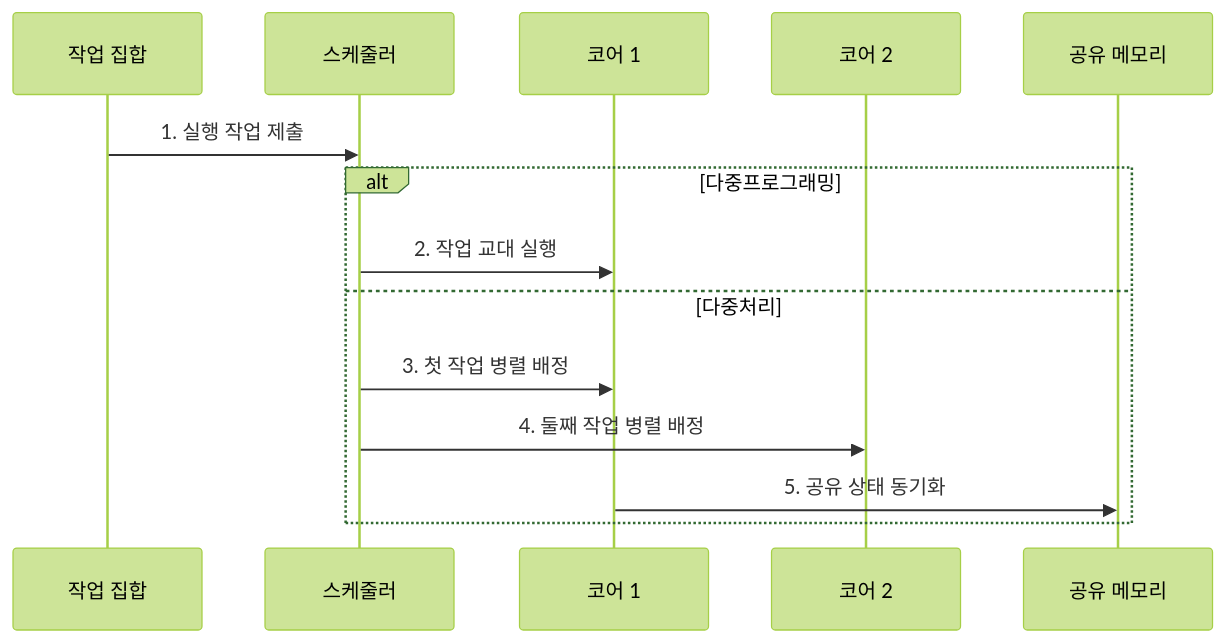
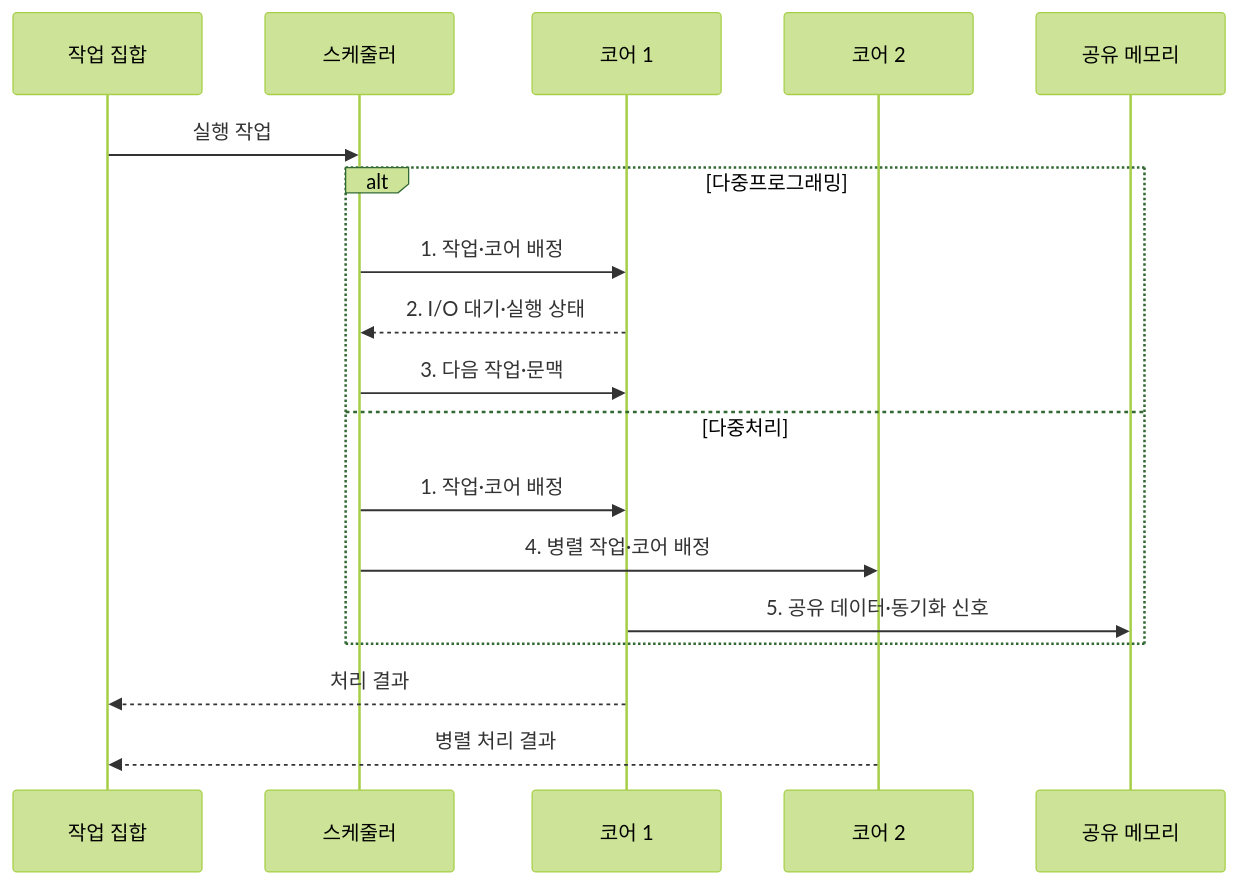
One commit to agnusdei1207/knowledge-base changed the second of 2 diagrams in src/content/docs/notes/03-software/017_multiprogramming_multiprocessing.md. Above: the diagram before and after it, drawn with Mermaid (forest theme). The commit also changed other lines of this file and 20 other files, not shown here.

````diff
--- a/src/content/docs/notes/03-software/017_multiprogramming_multiprocessing.md
+++ b/src/content/docs/notes/03-software/017_multiprogramming_multiprocessing.md
@@ -91,16 +100,20 @@
 ```mermaid
 sequenceDiagram
     participant J as 작업 집합
     participant S as 스케줄러
     participant C1 as 코어 1
     participant C2 as 코어 2
     participant M as 공유 메모리
-    J->>S: 1. 실행 작업 제출
+    J->>S: 실행 작업
     alt 다중프로그래밍
-        S->>C1: 2. 작업 교대 실행
+        S->>C1: 1. 작업·코어 배정
+        C1-->>S: 2. I/O 대기·실행 상태
+        S->>C1: 3. 다음 작업·문맥
     else 다중처리
-        S->>C1: 3. 첫 작업 병렬 배정
-        S->>C2: 4. 둘째 작업 병렬 배정
-        C1->>M: 5. 공유 상태 동기화
+        S->>C1: 1. 작업·코어 배정
+        S->>C2: 4. 병렬 작업·코어 배정
+        C1->>M: 5. 공유 데이터·동기화 신호
     end
+    C1-->>J: 처리 결과
+    C2-->>J: 병렬 처리 결과
 ```
````
